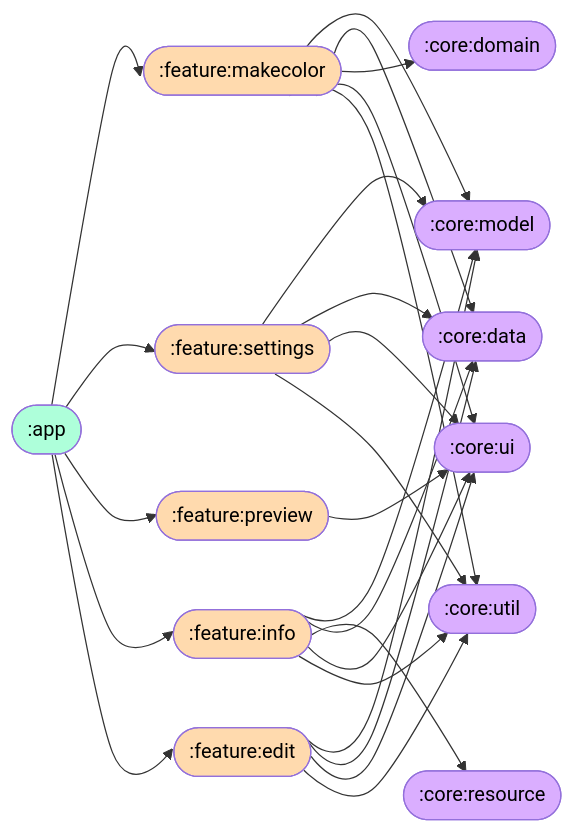
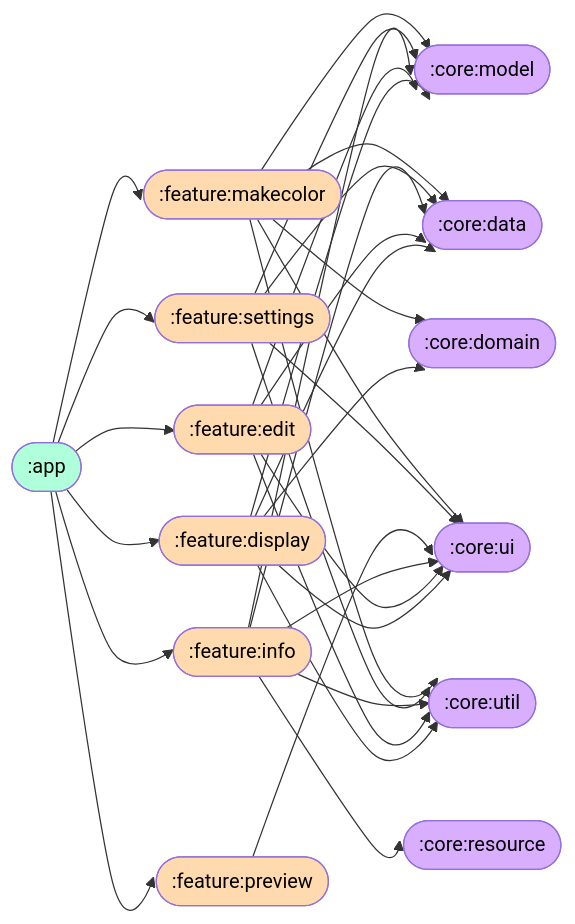
One commit to kosenda/MultiColorPicker changed the diagram in README.md. Above: the diagram before and after it, drawn with Mermaid.

Commit message:
docs: add :feature:display
[skip ci]

````diff
--- a/README.md
+++ b/README.md
@@ -50,38 +50,45 @@
 ```mermaid
 flowchart LR
 %%{init: {'flowchart' : {'curve' : 'cardinal'}}}%%
 
   classDef appModule fill:#AEFFDA,color:#000
   classDef featureModule fill:#FFDAAE,color:#000
   classDef coreModule fill:#DAAEFF,color:#000
   
   A1([:app]):::appModule --> B1([:feature:makecolor]):::featureModule
   A1 --> B2([:feature:settings]):::featureModule
   A1 --> B3([:feature:preview]):::featureModule
   A1 --> B4([:feature:info]):::featureModule
   A1 --> B5([:feature:edit]):::featureModule
+  A1 --> B6([:feature:display]):::featureModule
   
   B1 --> C1([:core:model]):::coreModule 
   B1 --> C2([:core:data]):::coreModule
   B1 --> C3([:core:domain]):::coreModule
   B1 --> C5([:core:ui]):::coreModule
   B1 --> C6([:core:util]):::coreModule
   
   B2 --> C1
   B2 --> C2
   B2 --> C5
   B2 --> C6
   
   B3 --> C5
   
   B4 --> C1
   B4 --> C2
   B4 --> C4([:core:resource]):::coreModule
   B4 --> C5
   B4 --> C6
   
   B5 --> C1
   B5 --> C2
   B5 --> C5
   B5 --> C6
+  
+  B6 --> C1
+  B6 --> C2
+  B6 --> C3
+  B6 --> C5
+  B6 --> C6
 ```
````
